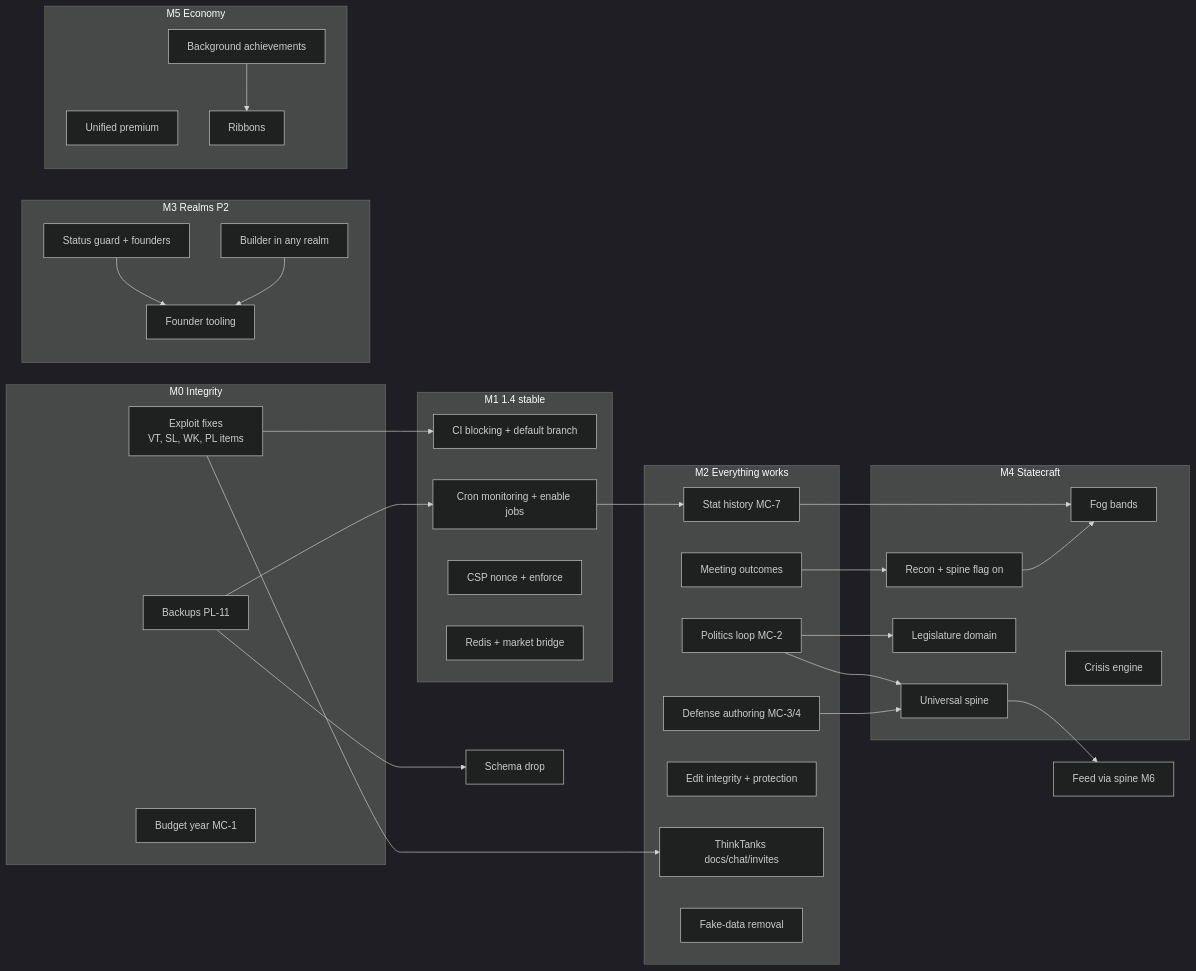
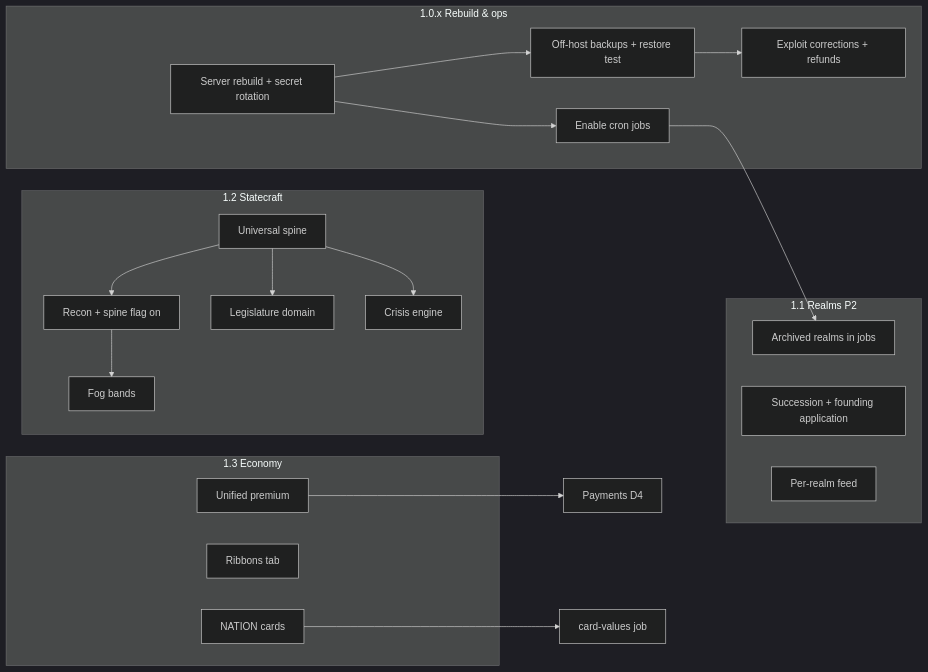
The diagram in docs/roadmap/ROADMAP.md (algolds/ixstats), drawn with Mermaid (dark theme) before and after one commit. The commit also changed other lines of this file and 73 other files, not shown here.

````diff
--- a/docs/roadmap/ROADMAP.md
+++ b/docs/roadmap/ROADMAP.md
@@ -390,55 +234,36 @@
 ```mermaid
 flowchart LR
-  subgraph M0[M0 Integrity]
-    SEC[Exploit fixes<br/>VT, SL, WK, PL items]
-    BAK[Backups PL-11]
-    YEAR[Budget year MC-1]
+  subgraph OPS[1.0.x Rebuild & ops]
+    REB[Server rebuild + secret rotation]
+    BAK[Off-host backups + restore test]
+    FIX[Exploit corrections + refunds]
+    CRON[Enable cron jobs]
   end
-  subgraph M1[M1 1.4 stable]
-    CI[CI blocking + default branch]
-    CRON[Cron monitoring + enable jobs]
-    CSP[CSP nonce + enforce]
-    REDIS[Redis + market bridge]
+  subgraph R[1.1 Realms P2]
+    ARCH[Archived realms in jobs]
+    SUCC[Succession + founding application]
+    FEED[Per-realm feed]
   end
-  subgraph M2[M2 Everything works]
-    POL[Politics loop MC-2]
-    MEET[Meeting outcomes]
-    DEF[Defense authoring MC-3/4]
-    HIST[Stat history MC-7]
-    WIKI[Edit integrity + protection]
-    TT[ThinkTanks docs/chat/invites]
-    TRUST[Fake-data removal]
-  end
-  subgraph M3[M3 Realms P2]
-    GUARD[Status guard + founders]
-    BUILD[Builder in any realm]
-    FOUND[Founder tooling]
-  end
-  subgraph M4[M4 Statecraft]
+  subgraph S[1.2 Statecraft]
     SPINE[Universal spine]
     RECON[Recon + spine flag on]
     FOG[Fog bands]
     CRISIS[Crisis engine]
     LEG[Legislature domain]
   end
-  subgraph M5[M5 Economy]
+  subgraph E[1.3 Economy]
     PREM[Unified premium]
-    ACH[Background achievements]
-    RIB[Ribbons]
+    RIB[Ribbons tab]
+    NAT[NATION cards]
   end
-  SEC --> CI
-  BAK --> CRON
-  BAK --> DROP[Schema drop]
-  CRON --> HIST
-  SEC --> TT
-  POL --> LEG
-  POL --> SPINE
-  MEET --> RECON
-  DEF --> SPINE
-  HIST --> FOG
+  REB --> BAK
+  REB --> CRON
+  BAK --> FIX
+  CRON --> ARCH
+  SPINE --> RECON
   RECON --> FOG
-  SPINE --> FEED[Feed via spine M6]
-  GUARD --> FOUND
-  BUILD --> FOUND
-  ACH --> RIB
+  SPINE --> LEG
+  SPINE --> CRISIS
+  PREM --> PAY[Payments D4]
+  NAT --> VAL[card-values job]
 ```
````
